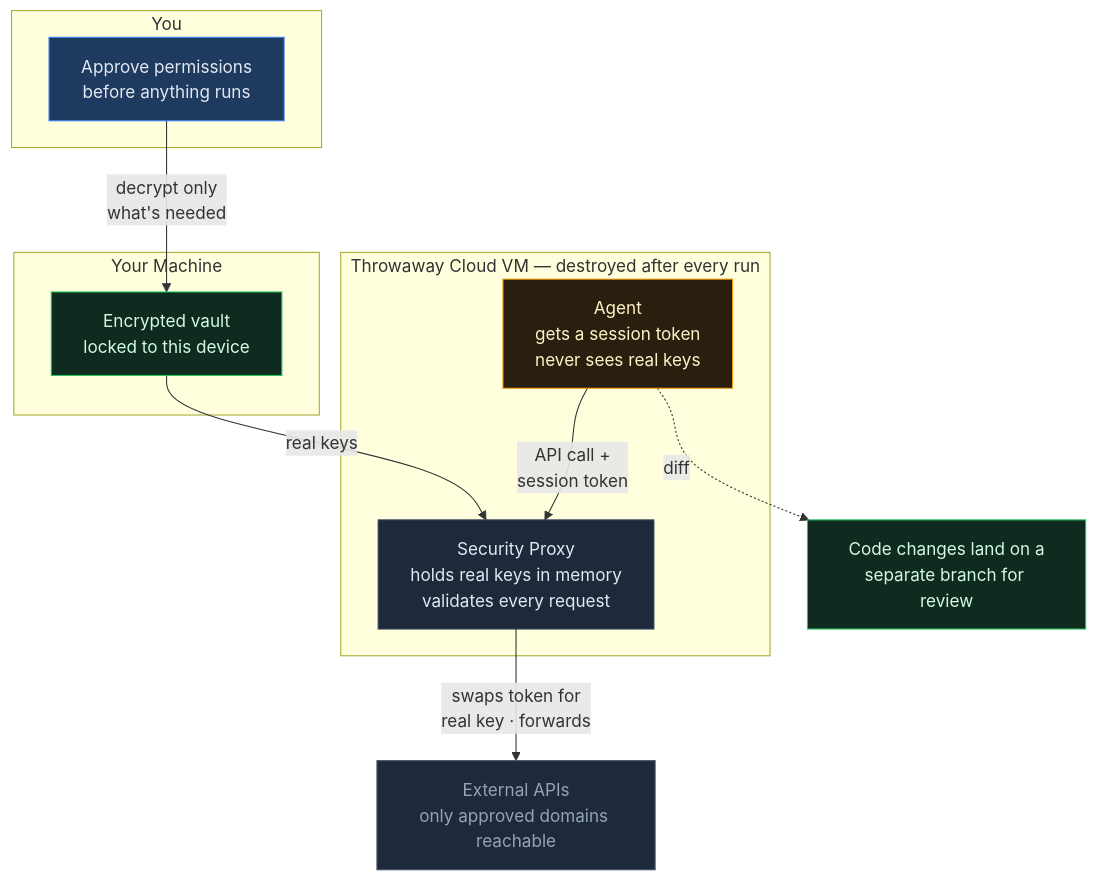
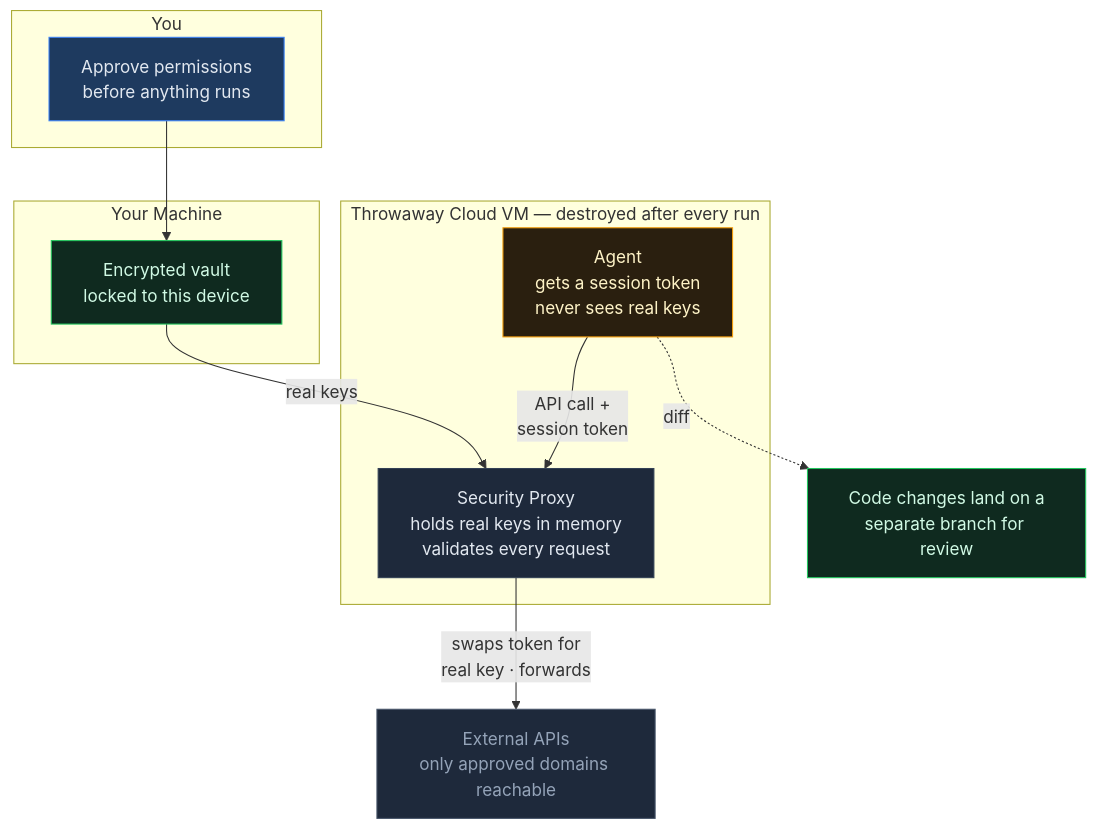
The diagram in docs/diagrams/security-model.mmd (andybrowning5/primordial-agentstore), drawn with Mermaid before and after one commit. The commit also changed 2 other files, not shown here.

Commit message:
Remove 'decrypt only whats needed' label from security diagram

```diff
--- a/docs/diagrams/security-model.mmd
+++ b/docs/diagrams/security-model.mmd
@@ -1,34 +1,34 @@
 graph TB
     subgraph you ["You"]
         approve["Approve permissions\nbefore anything runs"]
     end
 
     subgraph machine ["Your Machine"]
         vault["Encrypted vault\nlocked to this device"]
     end
 
     subgraph cloud ["Throwaway Cloud VM — destroyed after every run"]
         agent["Agent\ngets a session token\nnever sees real keys"]
         proxy["Security Proxy\nholds real keys in memory\nvalidates every request"]
         agent -->|"API call +\nsession token"| proxy
     end
 
     apis["External APIs\nonly approved domains reachable"]
 
     branch["Code changes land on a\nseparate branch for review"]
 
-    approve -->|"decrypt only\nwhat's needed"| vault
+    approve --> vault
     vault -->|"real keys"| proxy
     proxy -->|"swaps token for\nreal key · forwards"| apis
     agent -.->|"diff"| branch
 
     classDef default fill:#1e293b,stroke:#334155,color:#e2e8f0
     classDef green fill:#0f2a1f,stroke:#22c55e,color:#d1fae5
     classDef amber fill:#2a1f0f,stroke:#f59e0b,color:#fef3c7
     classDef blue fill:#1e3a5f,stroke:#3b82f6,color:#e2e8f0
     classDef dim fill:#1e293b,stroke:#475569,color:#94a3b8
 
     class vault,branch green
     class agent amber
     class approve blue
     class apis dim
```
